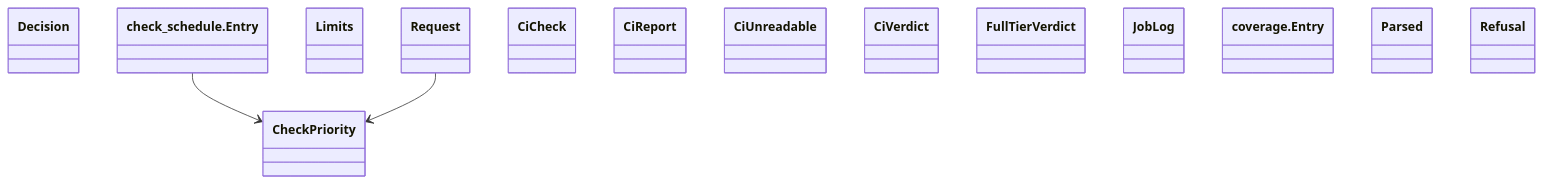
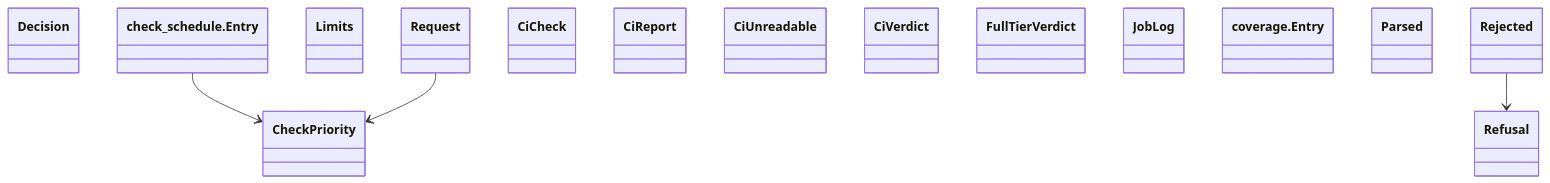
One commit to GonzaloZevallos/agentic-system changed the diagram in docs/architecture/generated/classes-process-domain-checks-1.md. Above: the diagram before and after it, drawn with Mermaid. The commit also changed other lines of this file and 14 other files, not shown here.

````diff
--- a/docs/architecture/generated/classes-process-domain-checks-1.md
+++ b/docs/architecture/generated/classes-process-domain-checks-1.md
@@ -20,19 +20,21 @@
 ```mermaid
 classDiagram
     class check_schedule__CheckPriority["CheckPriority"]
     class check_schedule__Decision["Decision"]
     class check_schedule__Entry["check_schedule.Entry"]
     class check_schedule__Limits["Limits"]
     class check_schedule__Request["Request"]
     class ci__CiCheck["CiCheck"]
     class ci__CiReport["CiReport"]
     class ci__CiUnreadable["CiUnreadable"]
     class ci__CiVerdict["CiVerdict"]
     class ci__FullTierVerdict["FullTierVerdict"]
     class ci__JobLog["JobLog"]
     class coverage__Entry["coverage.Entry"]
     class coverage__Parsed["Parsed"]
     class coverage__Refusal["Refusal"]
+    class coverage__Rejected["Rejected"]
     check_schedule__Entry --> check_schedule__CheckPriority
     check_schedule__Request --> check_schedule__CheckPriority
+    coverage__Rejected --> coverage__Refusal
 ```
````
